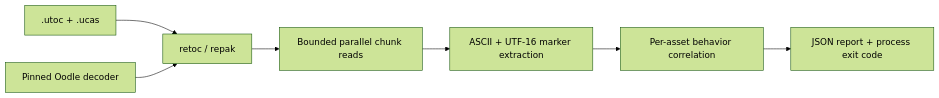
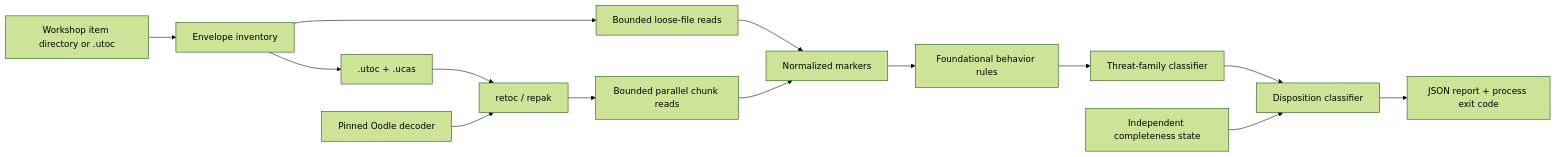
The diagram in ARCHITECTURE.md (ifBars/UEWorkshopScanner), drawn with Mermaid (forest theme) before and after one commit. The commit also changed other lines of this file and 11 other files, not shown here.

Commit message:
Add layered Workshop threat analysis (#3)

````diff
--- a/ARCHITECTURE.md
+++ b/ARCHITECTURE.md
@@ -6,9 +6,16 @@
 ```mermaid
 flowchart LR
-    Containers[".utoc + .ucas"] --> Retoc["retoc / repak"]
+    Item["Workshop item directory or .utoc"] --> Envelope["Envelope inventory"]
+    Envelope --> Loose["Bounded loose-file reads"]
+    Envelope --> Containers[".utoc + .ucas"]
+    Containers --> Retoc["retoc / repak"]
     Oodle["Pinned Oodle decoder"] --> Retoc
     Retoc --> Chunks["Bounded parallel chunk reads"]
-    Chunks --> Markers["ASCII + UTF-16 marker extraction"]
-    Markers --> Rules["Per-asset behavior correlation"]
-    Rules --> Verdict["JSON report + process exit code"]
+    Loose --> Markers["Normalized markers"]
+    Chunks --> Markers
+    Markers --> Rules["Foundational behavior rules"]
+    Rules --> Families["Threat-family classifier"]
+    Families --> Disposition["Disposition classifier"]
+    Completeness["Independent completeness state"] --> Disposition
+    Disposition --> Verdict["JSON report + process exit code"]
 ```
````
